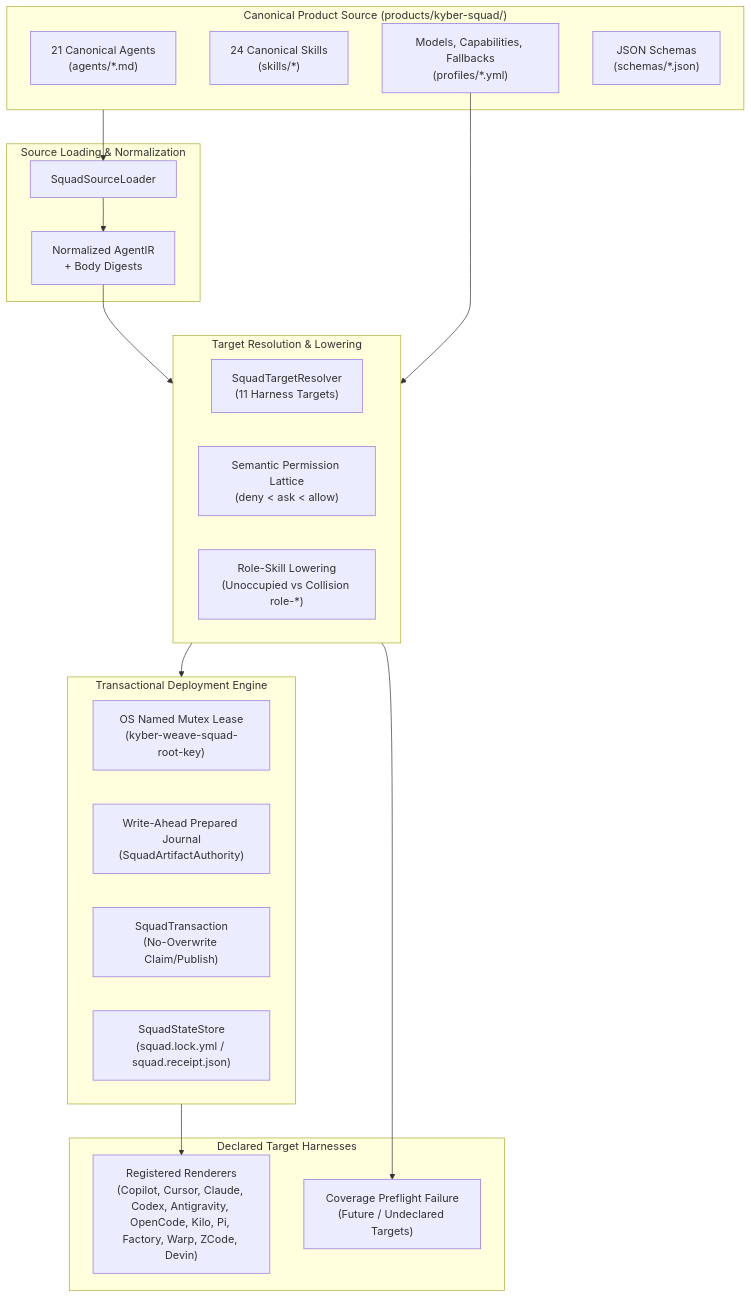
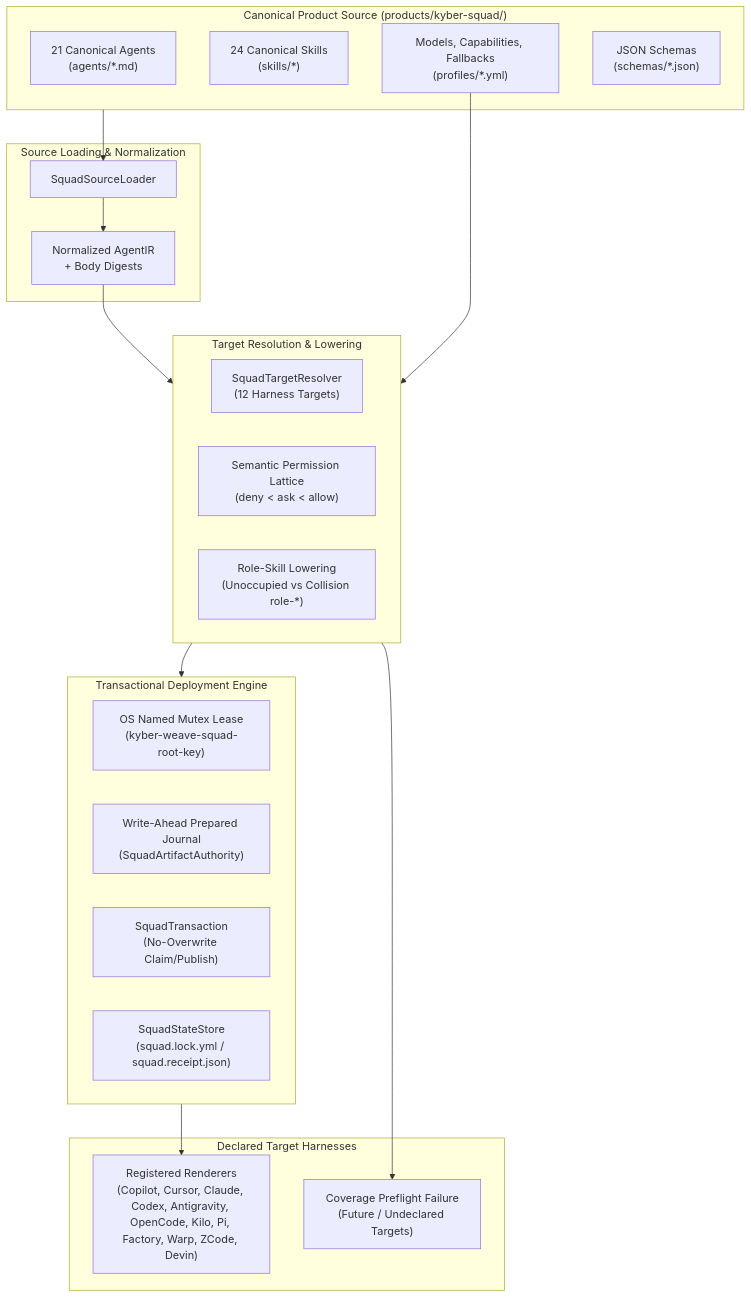
The first of 4 diagrams in docs/kyber-squad/architecture.md (dpalfery/kyber-weave), drawn with Mermaid before and after one commit. The commit also changed 4 other files, not shown here.

First line of the commit message:
docs(squad): update the remaining target-count statements to twelve

````diff
--- a/docs/kyber-squad/architecture.md
+++ b/docs/kyber-squad/architecture.md
@@ -51,40 +51,40 @@
 ```mermaid
 flowchart TD
     subgraph CanonicalSource["Canonical Product Source (products/kyber-squad/)"]
         Agents["21 Canonical Agents\n(agents/*.md)"]
         Skills["24 Canonical Skills\n(skills/*)"]
         Profiles["Models, Capabilities, Fallbacks\n(profiles/*.yml)"]
         Schemas["JSON Schemas\n(schemas/*.json)"]
     end
 
     subgraph Loader["Source Loading & Normalization"]
         SquadSourceLoader["SquadSourceLoader"]
         AgentIR["Normalized AgentIR\n+ Body Digests"]
     end
 
     subgraph Compiler["Target Resolution & Lowering"]
-        SquadTargetResolver["SquadTargetResolver\n(11 Harness Targets)"]
+        SquadTargetResolver["SquadTargetResolver\n(12 Harness Targets)"]
         Lattice["Semantic Permission Lattice\n(deny < ask < allow)"]
         Lowering["Role-Skill Lowering\n(Unoccupied vs Collision role-*)"]
     end
 
     subgraph DeploymentEngine["Transactional Deployment Engine"]
         Mutex["OS Named Mutex Lease\n(kyber-weave-squad-root-key)"]
         Journal["Write-Ahead Prepared Journal\n(SquadArtifactAuthority)"]
         Transaction["SquadTransaction\n(No-Overwrite Claim/Publish)"]
         StateStore["SquadStateStore\n(squad.lock.yml / squad.receipt.json)"]
     end
 
     subgraph TargetHarnesses["Declared Target Harnesses"]
         RegisteredTargets["Registered Renderers\n(Copilot, Cursor, Claude, Codex, Antigravity, OpenCode, Kilo, Pi, Factory, Warp, ZCode, Devin)"]
         UnsupportedTargets["Coverage Preflight Failure\n(Future / Undeclared Targets)"]
     end
 
     CanonicalSource --> SquadSourceLoader
     SquadSourceLoader --> AgentIR
     AgentIR --> Compiler
     Profiles --> Compiler
     Compiler --> DeploymentEngine
     DeploymentEngine --> RegisteredTargets
     Compiler --> UnsupportedTargets
 ```
````
